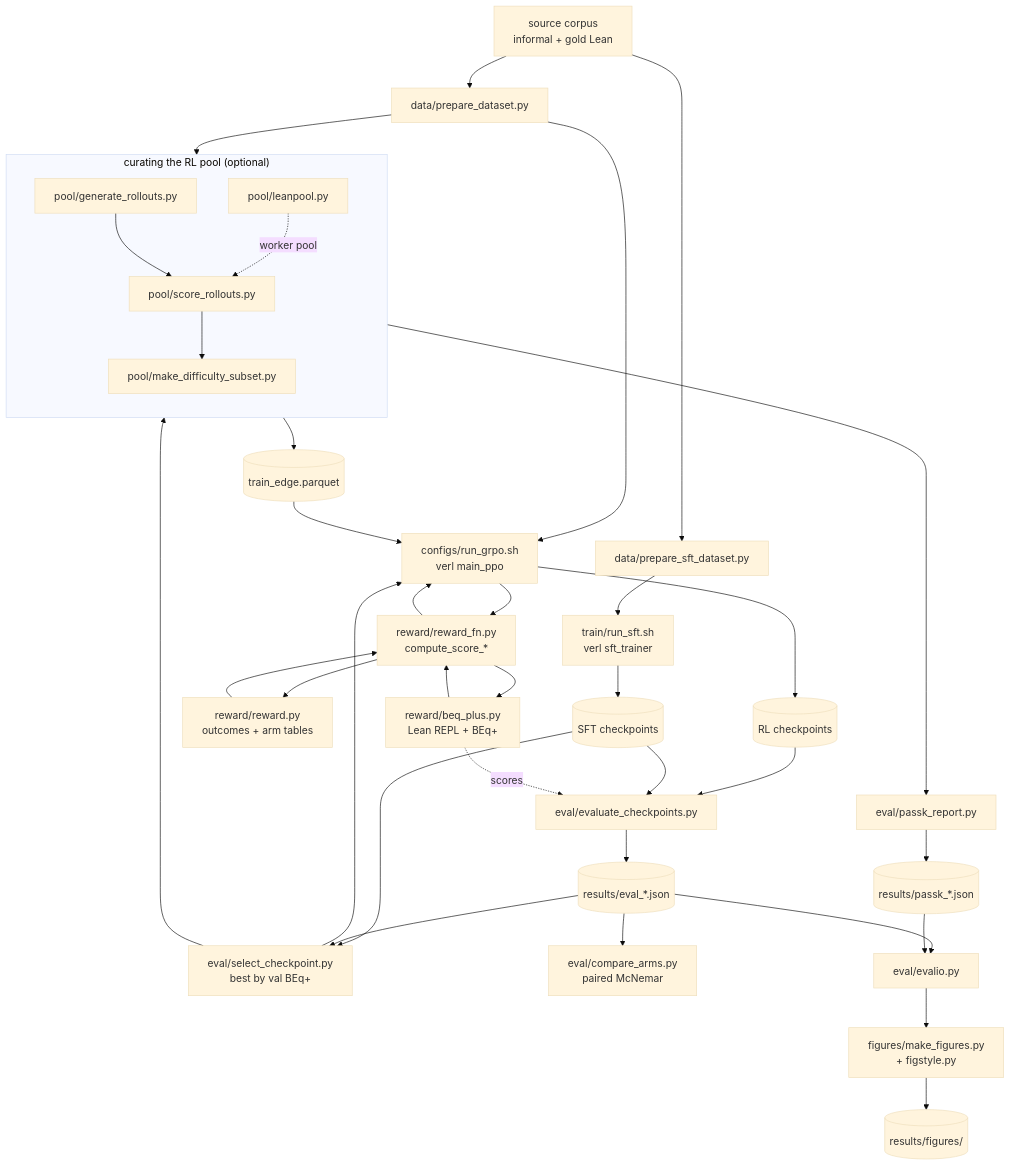
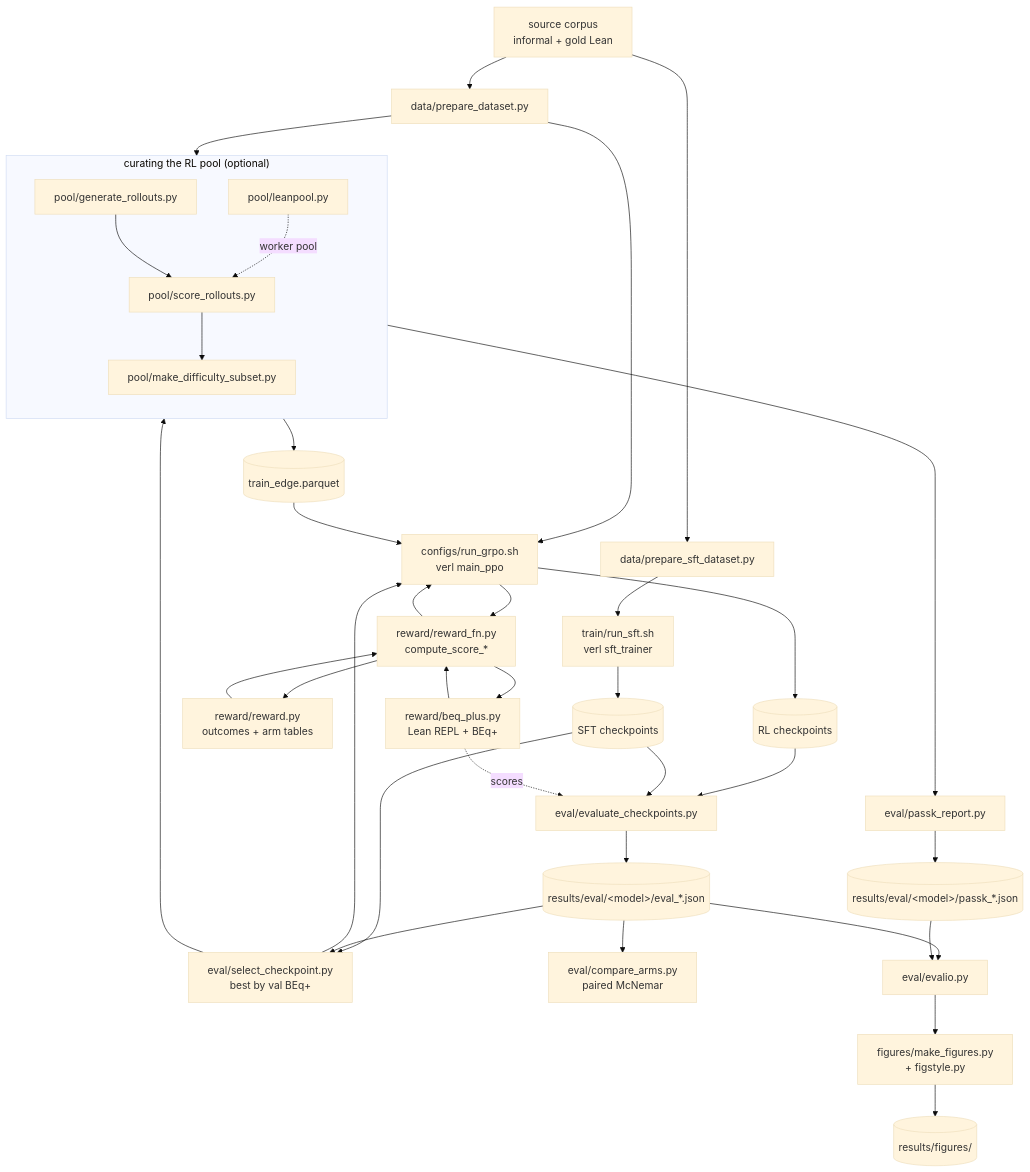
One commit to Logan-Cole-Luna/lean-gym-rl changed the second of 2 diagrams in README.md. Above: the diagram before and after it, drawn with Mermaid (base theme). The commit also changed other lines of this file and 33 other files, not shown here.

````diff
--- a/README.md
+++ b/README.md
@@ -247,56 +261,56 @@
 ```mermaid
 flowchart TB
     HF["source corpus<br/>informal + gold Lean"]
     PD["data/prepare_dataset.py"]
     PS["data/prepare_sft_dataset.py"]
     HF --> PD
     HF --> PS
 
     PS --> RS["train/run_sft.sh<br/>verl sft_trainer"]
     RS --> SFTCK[("SFT checkpoints")]
     SFTCK --> SEL["eval/select_checkpoint.py<br/>best by val BEq+"]
 
     subgraph POOL["curating the RL pool (optional)"]
         direction TB
         GR["pool/generate_rollouts.py"]
         SR["pool/score_rollouts.py"]
         LP["pool/leanpool.py"]
         MD["pool/make_difficulty_subset.py"]
         GR --> SR --> MD
         LP -. worker pool .-> SR
     end
 
     SEL --> GR
     PD --> GR
     MD --> EDGE[("train_edge.parquet")]
 
     RG["configs/run_grpo.sh<br/>verl main_ppo"]
     SEL --> RG
     PD --> RG
     EDGE --> RG
 
     RG --> RF["reward/reward_fn.py<br/>compute_score_*"]
     RF --> RR["reward/reward.py<br/>outcomes + arm tables"]
     RR --> RF
     RF --> BP["reward/beq_plus.py<br/>Lean REPL + BEq+"]
     BP --> RF
     RF --> RG
     RG --> RLCK[("RL checkpoints")]
 
     EC["eval/evaluate_checkpoints.py"]
     PK["eval/passk_report.py"]
     RLCK --> EC
     SFTCK --> EC
     BP -. scores .-> EC
     GR --> PK
 
-    EC --> JSON[("results/eval_*.json")]
-    PK --> PKJ[("results/passk_*.json")]
+    EC --> JSON[("results/eval/&lt;model&gt;/eval_*.json")]
+    PK --> PKJ[("results/eval/&lt;model&gt;/passk_*.json")]
 
     JSON --> CA["eval/compare_arms.py<br/>paired McNemar"]
     JSON --> SEL
     JSON --> IO["eval/evalio.py"]
     PKJ --> IO
     IO --> MF["figures/make_figures.py<br/>+ figstyle.py"]
     MF --> FIGS[("results/figures/")]
 ```
````
